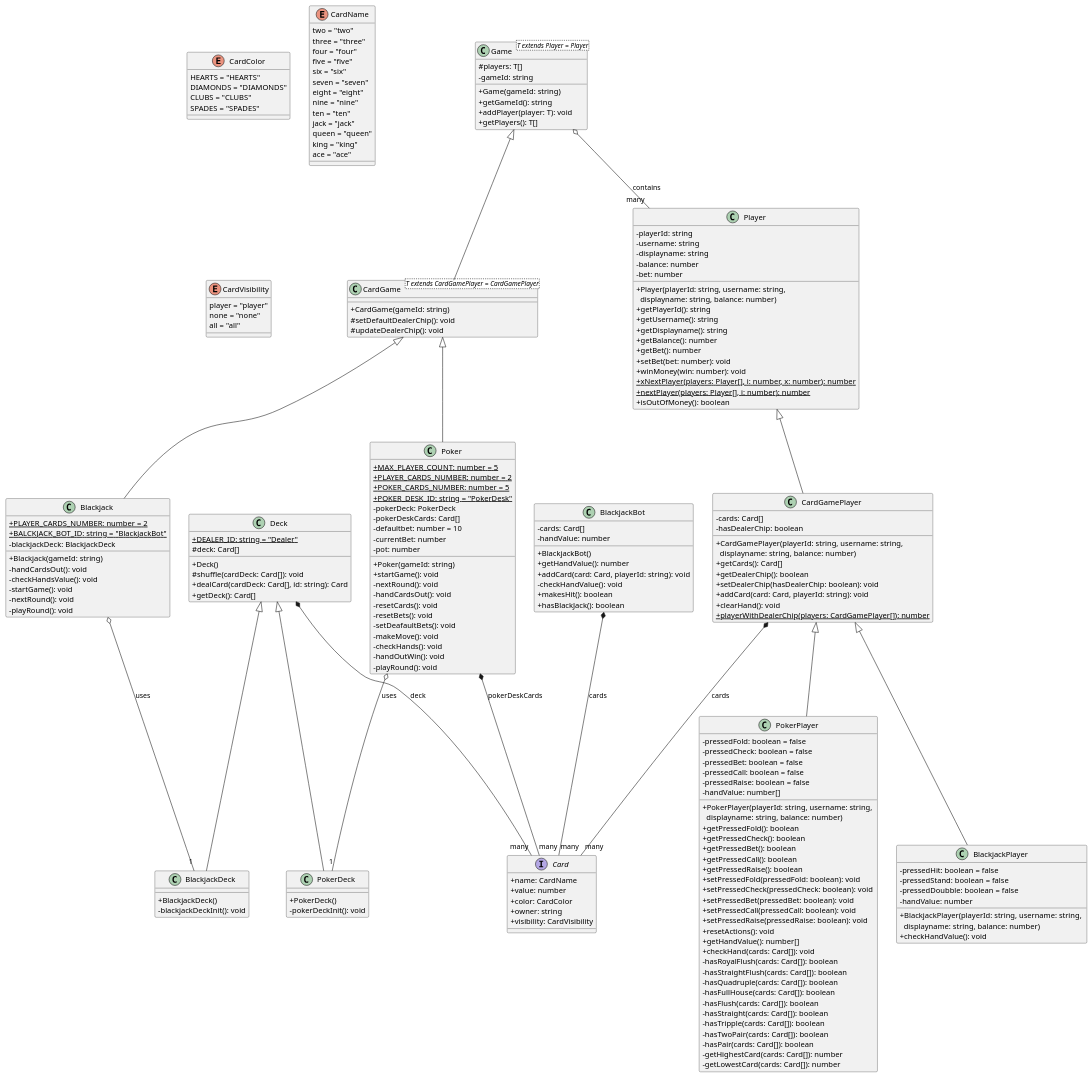
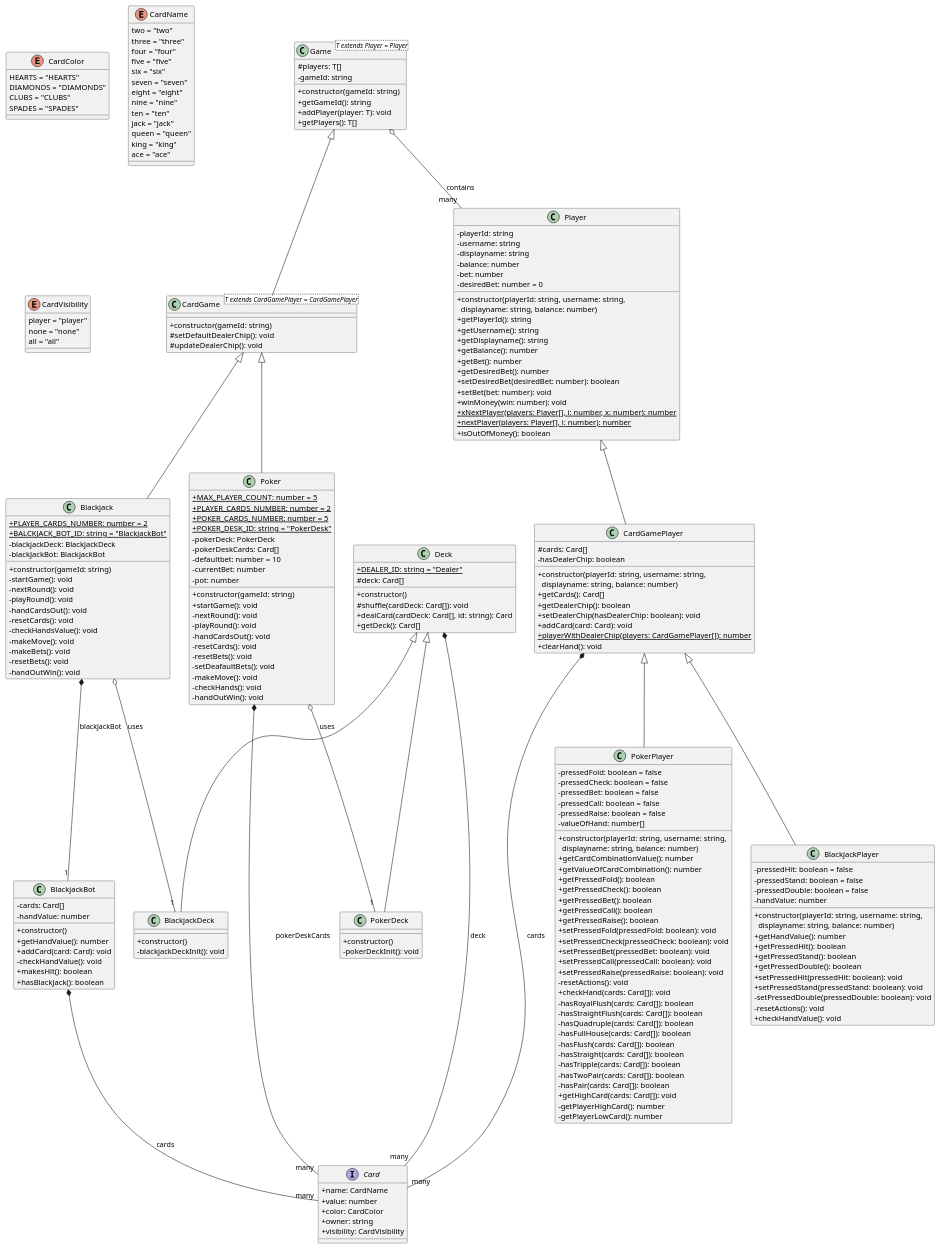
The diagram in backend/src/gameLogic/gameLogic.puml (FelixZannantoni/OnlineCasino), drawn with PlantUML before and after one commit. The commit also changed 1 other file, not shown here.

Commit message:
updated classdiagram

```diff
--- a/backend/src/gameLogic/gameLogic.puml
+++ b/backend/src/gameLogic/gameLogic.puml
@@ -43,14 +43,14 @@
 class Game<T extends Player = Player> {
   #players: T[]
   -gameId: string
-  +Game(gameId: string)
+  +constructor(gameId: string)
   +getGameId(): string
   +addPlayer(player: T): void
   +getPlayers(): T[]
 }
 
 class CardGame<T extends CardGamePlayer = CardGamePlayer> {
-  +CardGame(gameId: string)
+  +constructor(gameId: string)
   #setDefaultDealerChip(): void
   #updateDealerChip(): void
 }
@@ -65,9 +65,10 @@
   -defaultbet: number = 10
   -currentBet: number
   -pot: number
-  +Poker(gameId: string)
+  +constructor(gameId: string)
   +startGame(): void
   -nextRound(): void
+  -playRound(): void
   -handCardsOut(): void
   -resetCards(): void
   -resetBets(): void
@@ -75,27 +76,32 @@
   -makeMove(): void
   -checkHands(): void
   -handOutWin(): void
-  -playRound(): void
 }
 
 class Blackjack {
   {static} +PLAYER_CARDS_NUMBER: number = 2
   {static} +BALCKJACK_BOT_ID: string = "BlackjackBot"
   -blackjackDeck: BlackjackDeck
-  +Blackjack(gameId: string)
-  -handCardsOut(): void
-  -checkHandsValue(): void
+  -blackJackBot: BlackjackBot
+  +constructor(gameId: string)
   -startGame(): void
   -nextRound(): void
   -playRound(): void
+  -handCardsOut(): void
+  -resetCards(): void
+  -checkHandsValue(): void
+  -makeMove(): void
+  -makeBets(): void
+  -resetBets(): void
+  -handOutWin(): void
 }
 
 class BlackjackBot {
   -cards: Card[]
   -handValue: number
-  +BlackjackBot()
+  +constructor()
   +getHandValue(): number
-  +addCard(card: Card, playerId: string): void
+  +addCard(card: Card): void
   -checkHandValue(): void
   +makesHit(): boolean
   +hasBlackJack(): boolean
@@ -107,12 +113,15 @@
   -displayname: string
   -balance: number
   -bet: number
-  +Player(playerId: string, username: string, \n  displayname: string, balance: number)
+  -desiredBet: number = 0
+  +constructor(playerId: string, username: string, \n  displayname: string, balance: number)
   +getPlayerId(): string
   +getUsername(): string
   +getDisplayname(): string
   +getBalance(): number
   +getBet(): number
+  +getDesiredBet(): number
+  +setDesiredBet(desiredBet: number): boolean
   +setBet(bet: number): void
   +winMoney(win: number): void
   {static} +xNextPlayer(players: Player[], i: number, x: number): number
@@ -121,15 +130,15 @@
 }
 
 class CardGamePlayer {
-  -cards: Card[]
+  #cards: Card[]
   -hasDealerChip: boolean
-  +CardGamePlayer(playerId: string, username: string, \n  displayname: string, balance: number)
+  +constructor(playerId: string, username: string, \n  displayname: string, balance: number)
   +getCards(): Card[]
   +getDealerChip(): boolean
   +setDealerChip(hasDealerChip: boolean): void
-  +addCard(card: Card, playerId: string): void
+  +addCard(card: Card): void
+  {static} +playerWithDealerChip(players: CardGamePlayer[]): number
   +clearHand(): void
-  {static} +playerWithDealerChip(players: CardGamePlayer[]): number
 }
 
 class PokerPlayer {
@@ -138,8 +147,10 @@
   -pressedBet: boolean = false
   -pressedCall: boolean = false
   -pressedRaise: boolean = false
-  -handValue: number[]
-  +PokerPlayer(playerId: string, username: string, \n  displayname: string, balance: number)
+  -valueOfHand: number[]
+  +constructor(playerId: string, username: string, \n  displayname: string, balance: number)
+  +getCardCombinationValue(): number
+  +getValueOfCardCombination(): number
   +getPressedFold(): boolean
   +getPressedCheck(): boolean
   +getPressedBet(): boolean
@@ -150,8 +161,7 @@
   +setPressedBet(pressedBet: boolean): void
   +setPressedCall(pressedCall: boolean): void
   +setPressedRaise(pressedRaise: boolean): void
-  +resetActions(): void
-  +getHandValue(): number[]
+  -resetActions(): void
   +checkHand(cards: Card[]): void
   -hasRoyalFlush(cards: Card[]): boolean
   -hasStraightFlush(cards: Card[]): boolean
@@ -162,35 +172,44 @@
   -hasTripple(cards: Card[]): boolean
   -hasTwoPair(cards: Card[]): boolean
   -hasPair(cards: Card[]): boolean
-  -getHighestCard(cards: Card[]): number
-  -getLowestCard(cards: Card[]): number
+  +getHighCard(cards: Card[]): void
+  -getPlayerHighCard(): number
+  -getPlayerLowCard(): number
 }
 
 class BlackjackPlayer {
   -pressedHit: boolean = false
   -pressedStand: boolean = false
-  -pressedDoubble: boolean = false
+  -pressedDouble: boolean = false
   -handValue: number
-  +BlackjackPlayer(playerId: string, username: string, \n  displayname: string, balance: number)
+  +constructor(playerId: string, username: string, \n  displayname: string, balance: number)
+  +getHandValue(): number
+  +getPressedHit(): boolean
+  +getPressedStand(): boolean
+  +getPressedDouble(): boolean
+  +setPressedHit(pressedHit: boolean): void
+  +setPressedStand(pressedStand: boolean): void
+  -setPressedDouble(pressedDouble: boolean): void
+  -resetActions(): void
   +checkHandValue(): void
 }
 
 class Deck {
   {static} +DEALER_ID: string = "Dealer"
   #deck: Card[]
-  +Deck()
+  +constructor()
   #shuffle(cardDeck: Card[]): void
   +dealCard(cardDeck: Card[], id: string): Card
   +getDeck(): Card[]
 }
 
 class BlackjackDeck {
-  +BlackjackDeck()
+  +constructor()
   -blackjackDeckInit(): void
 }
 
 class PokerDeck {
-  +PokerDeck()
+  +constructor()
   -pokerDeckInit(): void
 }
 
@@ -211,6 +230,7 @@
 Deck *-- "many" Card : deck
 Poker o-- "1" PokerDeck : uses
 Blackjack o-- "1" BlackjackDeck : uses
+Blackjack *-- "1" BlackjackBot : blackJackBot
 BlackjackBot *-- "many" Card : cards
 
 @enduml
```
